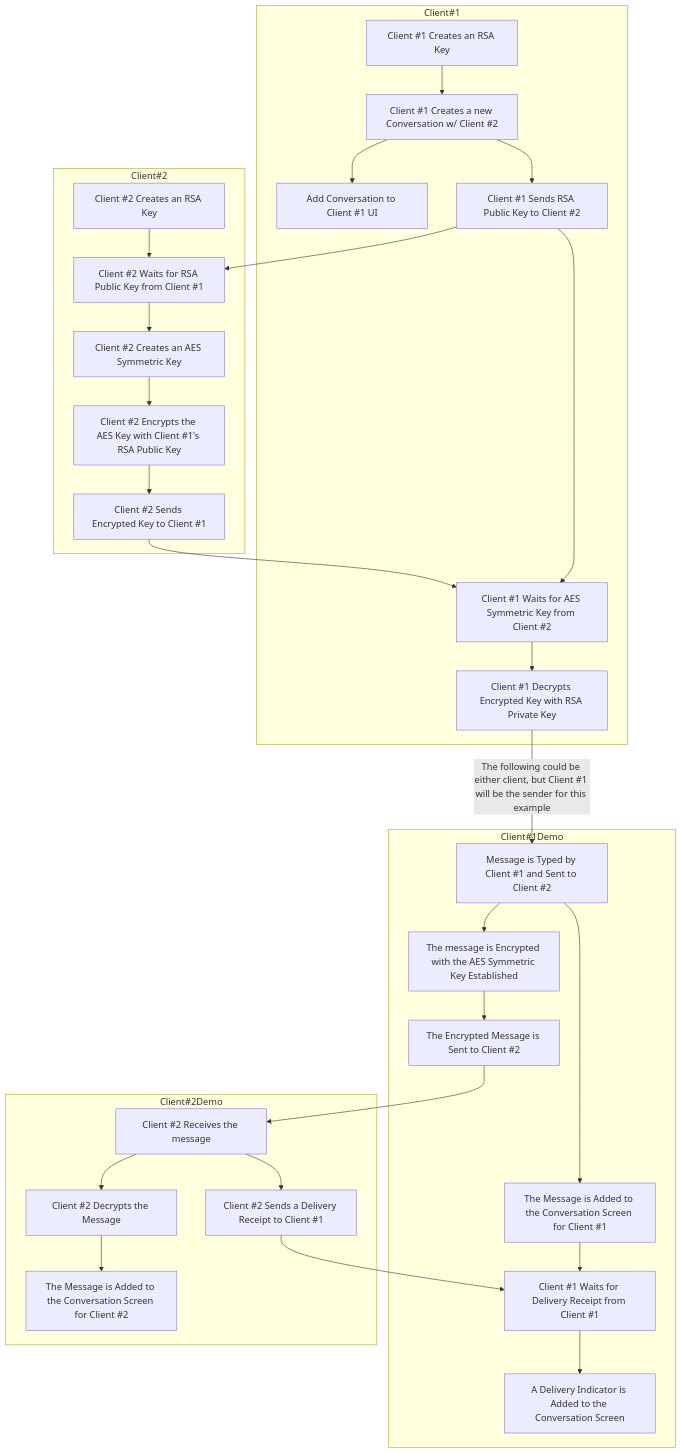
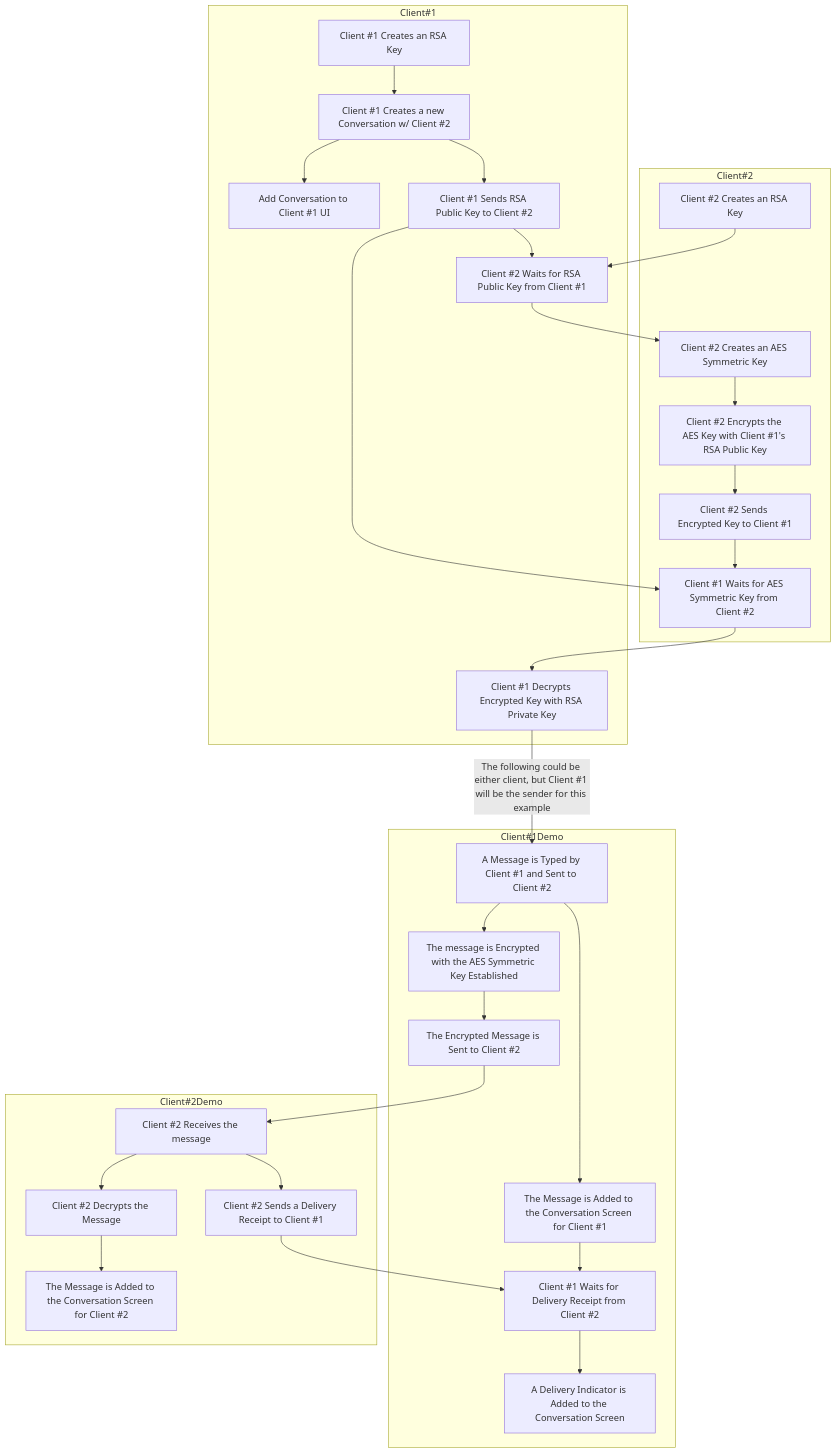
The diagram in README.md (xXCrash2BomberXx/TinyChat), drawn with Mermaid before and after one commit.

````diff
--- a/README.md
+++ b/README.md
@@ -72,43 +72,40 @@
 ```mermaid
 graph TB;
   subgraph "Client#1"
   A[Client #1 Creates an RSA Key] --> B[Client #1 Creates a new Conversation w/ Client #2];
   B --> D[Add Conversation to Client #1 UI];
   B --> E[Client #1 Sends RSA Public Key to Client #2];
+  E --> G;
   end
-
-  E --> G;
 
   subgraph "Client#2"
   F[Client #2 Creates an RSA Key] --> G[Client #2 Waits for RSA Public Key from Client #1];
   G --> H[Client #2 Creates an AES Symmetric Key];
-  H -->I[Client #2 Encrypts the AES Key with Client #1's RSA Public Key];
-  I -->J[Client #2 Sends Encrypted Key to Client #1];
+  H --> I[Client #2 Encrypts the AES Key with Client #1's RSA Public Key];
+  I --> J[Client #2 Sends Encrypted Key to Client #1];
+  J --> K;
   end
-
-  J --> K;
 
   subgraph "Client#1"
   E --> K[Client #1 Waits for AES Symmetric Key from Client #2];
   K --> L[Client #1 Decrypts Encrypted Key with RSA Private Key];
   end
 
   subgraph "Client#1Demo"
-  L --> |The following could be either client, but Client #1 will be the sender for this example| M[Message is Typed by Client #1 and Sent to Client #2];
+  L --> |The following could be either client, but Client #1 will be the sender for this example| M[A Message is Typed by Client #1 and Sent to Client #2];
   M --> N[The message is Encrypted with the AES Symmetric Key Established];
   N --> O[The Encrypted Message is Sent to Client #2];
   M --> Q[The Message is Added to the Conversation Screen for Client #1];
-  Q --> R[Client #1 Waits for Delivery Receipt from Client #1];
+  Q --> R[Client #1 Waits for Delivery Receipt from Client #2];
   R --> V[A Delivery Indicator is Added to the Conversation Screen];
   end
 
   O --> P;
 
   subgraph "Client#2Demo"
   P[Client #2 Receives the message] --> S[Client #2 Decrypts the Message];
   S --> T[The Message is Added to the Conversation Screen for Client #2];
   P --> U[Client #2 Sends a Delivery Receipt to Client #1];
+  U --> R;
   end
-
-  U --> R;
 ```
````
